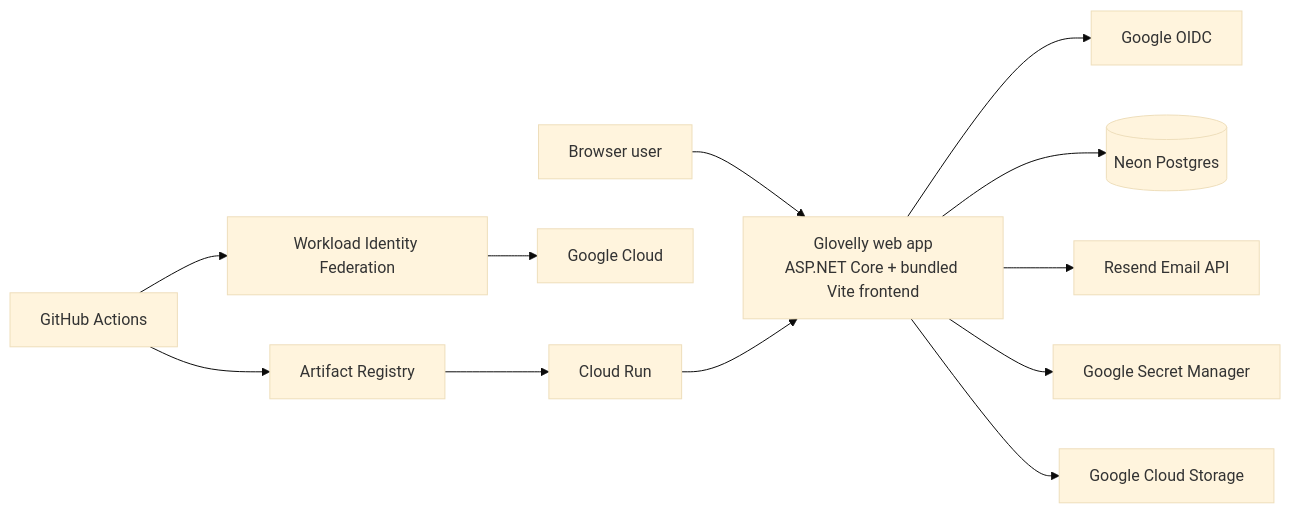
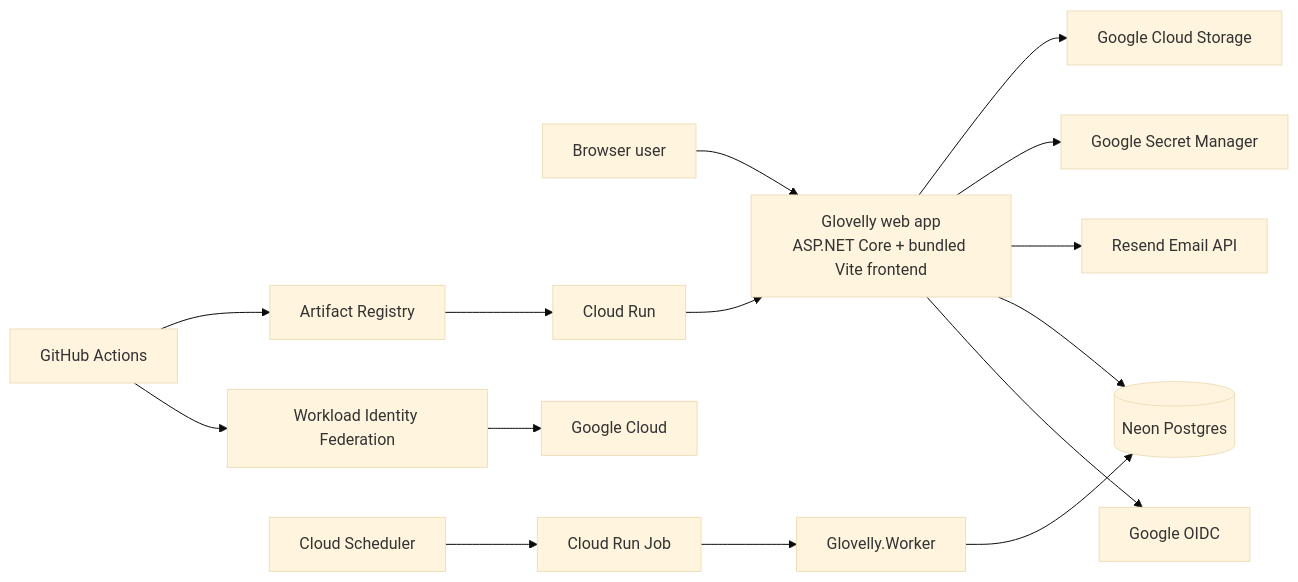
The diagram in docs/engineering/architecture.md (alexhowgego/glovelly), drawn with Mermaid (base theme) before and after one commit. The commit also changed other lines of this file and 11 other files, not shown here.

````diff
--- a/docs/engineering/architecture.md
+++ b/docs/engineering/architecture.md
@@ -9,15 +9,18 @@
 ```mermaid
 flowchart LR
     User[Browser user] --> App[Glovelly web app<br/>ASP.NET Core + bundled Vite frontend]
     App --> GoogleOIDC[Google OIDC]
     App --> DB[(Neon Postgres)]
     App --> Resend[Resend Email API]
     App --> SecretManager[Google Secret Manager]
     App --> GCS[Google Cloud Storage]
 
     GitHub[GitHub Actions] --> WIF[Workload Identity Federation]
     WIF --> GCP[Google Cloud]
     GitHub --> Registry[Artifact Registry]
     Registry --> CloudRun[Cloud Run]
     CloudRun --> App
+    CloudScheduler[Cloud Scheduler] --> CloudRunJob[Cloud Run Job]
+    CloudRunJob --> AppWorker[Glovelly.Worker]
+    AppWorker --> DB
 ```
````
